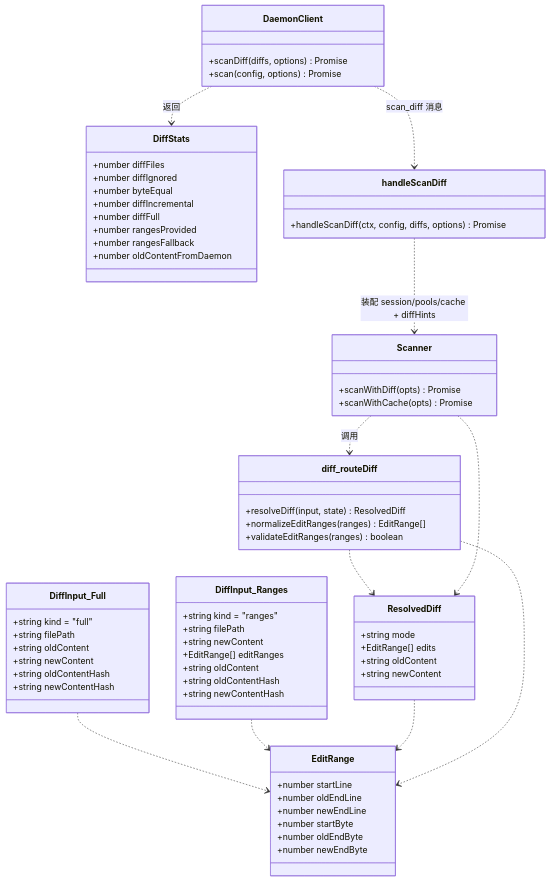
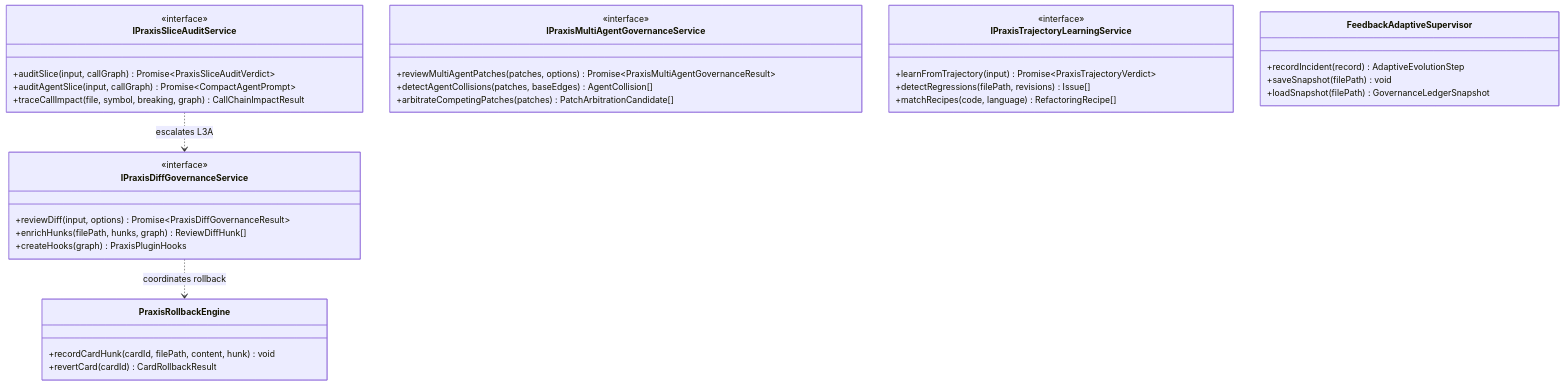
The diagram in auto-refactor/docs/diagrams/diff-class-diagram.mermaid (guilingzhouyi-creator/vscode-extensions), drawn with Mermaid before and after one commit. The commit also changed 32 other files, not shown here.

Commit message:
docs(auto-refactor): 同步架构全景图、自检基线与交付报告

```diff
--- a/auto-refactor/docs/diagrams/diff-class-diagram.mermaid
+++ b/auto-refactor/docs/diagrams/diff-class-diagram.mermaid
@@ -1,77 +1,42 @@
 classDiagram
-    class EditRange {
-        +number startLine
-        +number oldEndLine
-        +number newEndLine
-        +number startByte
-        +number oldEndByte
-        +number newEndByte
+    class IPraxisDiffGovernanceService {
+        <<interface>>
+        +reviewDiff(input, options) Promise~PraxisDiffGovernanceResult~
+        +enrichHunks(filePath, hunks, graph) ReviewDiffHunk[]
+        +createHooks(graph) PraxisPluginHooks
     }
 
-    class DiffInput_Full {
-        +string kind = "full"
-        +string filePath
-        +string oldContent
-        +string newContent
-        +string oldContentHash
-        +string newContentHash
+    class IPraxisSliceAuditService {
+        <<interface>>
+        +auditSlice(input, callGraph) Promise~PraxisSliceAuditVerdict~
+        +auditAgentSlice(input, callGraph) Promise~CompactAgentPrompt~
+        +traceCallImpact(file, symbol, breaking, graph) CallChainImpactResult
     }
 
-    class DiffInput_Ranges {
-        +string kind = "ranges"
-        +string filePath
-        +string newContent
-        +EditRange[] editRanges
-        +string oldContent
-        +string oldContentHash
-        +string newContentHash
+    class IPraxisMultiAgentGovernanceService {
+        <<interface>>
+        +reviewMultiAgentPatches(patches, options) Promise~PraxisMultiAgentGovernanceResult~
+        +detectAgentCollisions(patches, baseEdges) AgentCollision[]
+        +arbitrateCompetingPatches(patches) PatchArbitrationCandidate[]
     }
 
-    class DiffStats {
-        +number diffFiles
-        +number diffIgnored
-        +number byteEqual
-        +number diffIncremental
-        +number diffFull
-        +number rangesProvided
-        +number rangesFallback
-        +number oldContentFromDaemon
+    class IPraxisTrajectoryLearningService {
+        <<interface>>
+        +learnFromTrajectory(input) Promise~PraxisTrajectoryVerdict~
+        +detectRegressions(filePath, revisions) Issue[]
+        +matchRecipes(code, language) RefactoringRecipe[]
     }
 
-    class ResolvedDiff {
-        +string mode
-        +EditRange[] edits
-        +string oldContent
-        +string newContent
+    class FeedbackAdaptiveSupervisor {
+        +recordIncident(record) AdaptiveEvolutionStep
+        +saveSnapshot(filePath) void
+        +loadSnapshot(filePath) GovernanceLedgerSnapshot
     }
 
-    class diff_routeDiff {
-        +resolveDiff(input, state) ResolvedDiff
-        +normalizeEditRanges(ranges) EditRange[]
-        +validateEditRanges(ranges) boolean
+    class PraxisRollbackEngine {
+        +recordCardHunk(cardId, filePath, content, hunk) void
+        +revertCard(cardId) CardRollbackResult
     }
 
-    class Scanner {
-        +scanWithDiff(opts) Promise
-        +scanWithCache(opts) Promise
-    }
-
-    class DaemonClient {
-        +scanDiff(diffs, options) Promise
-        +scan(config, options) Promise
-    }
-
-    class handleScanDiff {
-        +handleScanDiff(ctx, config, diffs, options) Promise
-    }
-
-    DiffInput_Full ..> EditRange
-    DiffInput_Ranges ..> EditRange
-    ResolvedDiff ..> EditRange
-    diff_routeDiff ..> ResolvedDiff
-    diff_routeDiff ..> EditRange
-    Scanner ..> diff_routeDiff : 调用
-    Scanner ..> ResolvedDiff
-    handleScanDiff ..> Scanner : 装配 session/pools/cache + diffHints
-    DaemonClient ..> handleScanDiff : scan_diff 消息
-    DaemonClient ..> DiffStats : 返回
+    IPraxisDiffGovernanceService ..> PraxisRollbackEngine : coordinates rollback
+    IPraxisSliceAuditService ..> IPraxisDiffGovernanceService : escalates L3A
```
